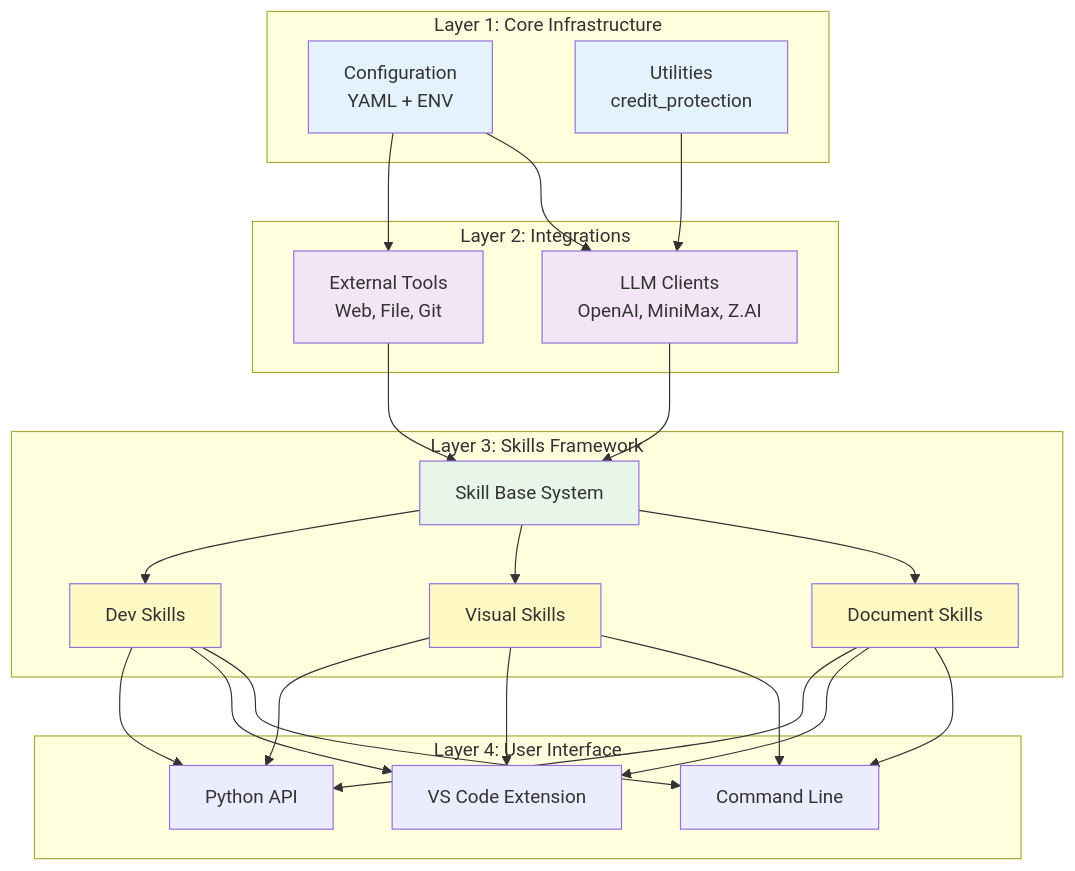
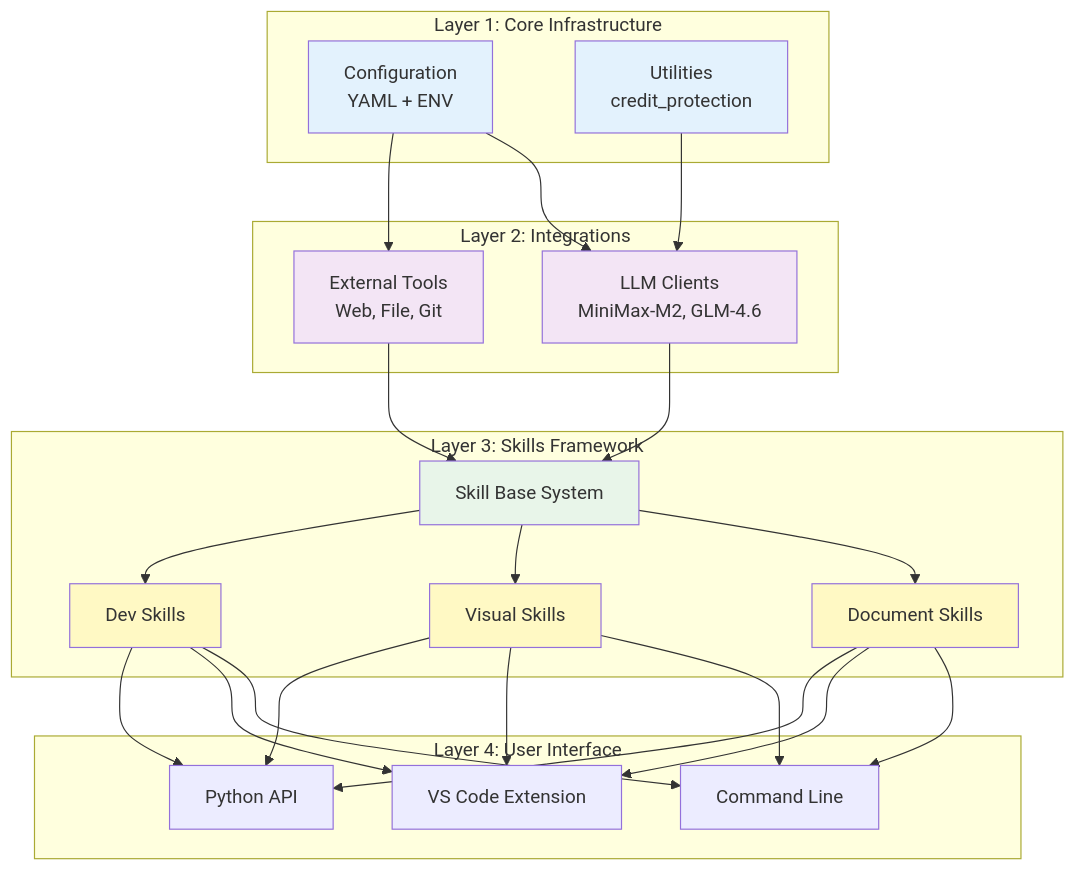
The sixth of 7 diagrams in documents/VISUALS/02_MERMAID_INTERACTIVE.md (Zazzles2908/Mini-Agent_ACP), drawn with Mermaid before and after one commit. The commit also changed other lines of this file and 164 other files, not shown here.

````diff
--- a/documents/VISUALS/02_MERMAID_INTERACTIVE.md
+++ b/documents/VISUALS/02_MERMAID_INTERACTIVE.md
@@ -189,52 +186,52 @@
 ```mermaid
 graph TD
     subgraph "Layer 1: Core Infrastructure"
         Config[Configuration<br/>YAML + ENV]
         Utils[Utilities<br/>credit_protection]
     end
     
     subgraph "Layer 2: Integrations"
-        LLM[LLM Clients<br/>OpenAI, MiniMax, Z.AI]
+        LLM[LLM Clients<br/>MiniMax-M2, GLM-4.6]
         Tools[External Tools<br/>Web, File, Git]
     end
     
     subgraph "Layer 3: Skills Framework"
         SkillBase[Skill Base System]
         DocSkills[Document Skills]
         VisualSkills[Visual Skills]
         DevSkills[Dev Skills]
     end
     
     subgraph "Layer 4: User Interface"
         CLI[Command Line]
         VSCode[VS Code Extension]
         API[Python API]
     end
     
     Config --> LLM
     Config --> Tools
     Utils --> LLM
     LLM --> SkillBase
     Tools --> SkillBase
     SkillBase --> DocSkills
     SkillBase --> VisualSkills
     SkillBase --> DevSkills
     DocSkills --> CLI
     VisualSkills --> CLI
     DevSkills --> CLI
     DocSkills --> VSCode
     VisualSkills --> VSCode
     DevSkills --> VSCode
     DocSkills --> API
     VisualSkills --> API
     DevSkills --> API
     
     style Config fill:#e3f2fd
     style Utils fill:#e3f2fd
     style LLM fill:#f3e5f5
     style Tools fill:#f3e5f5
     style SkillBase fill:#e8f5e9
     style DocSkills fill:#fff9c4
     style VisualSkills fill:#fff9c4
     style DevSkills fill:#fff9c4
 ```
````
